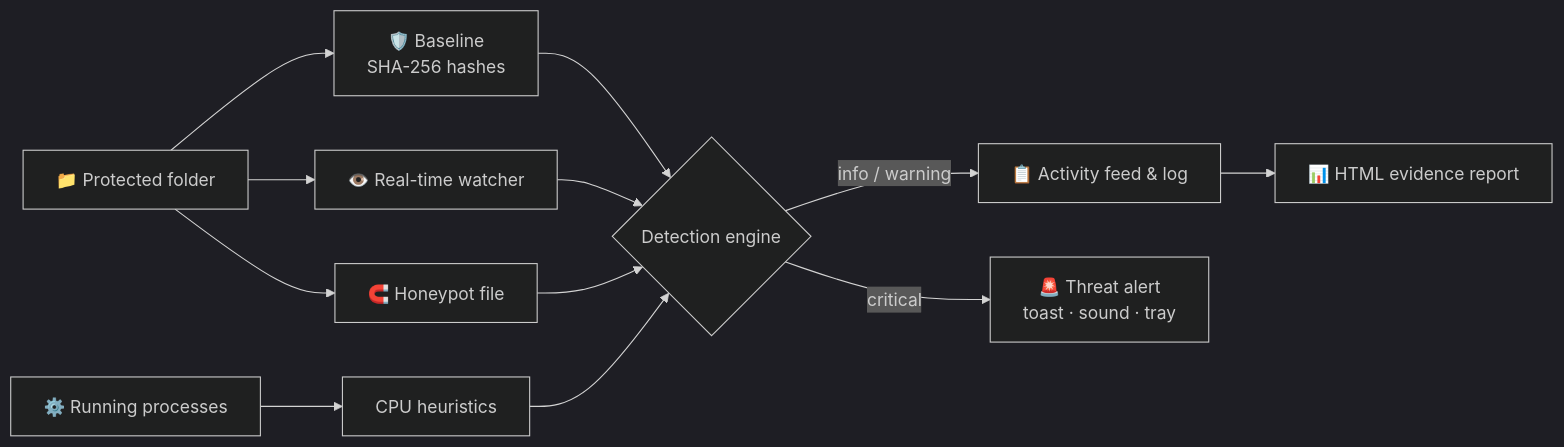
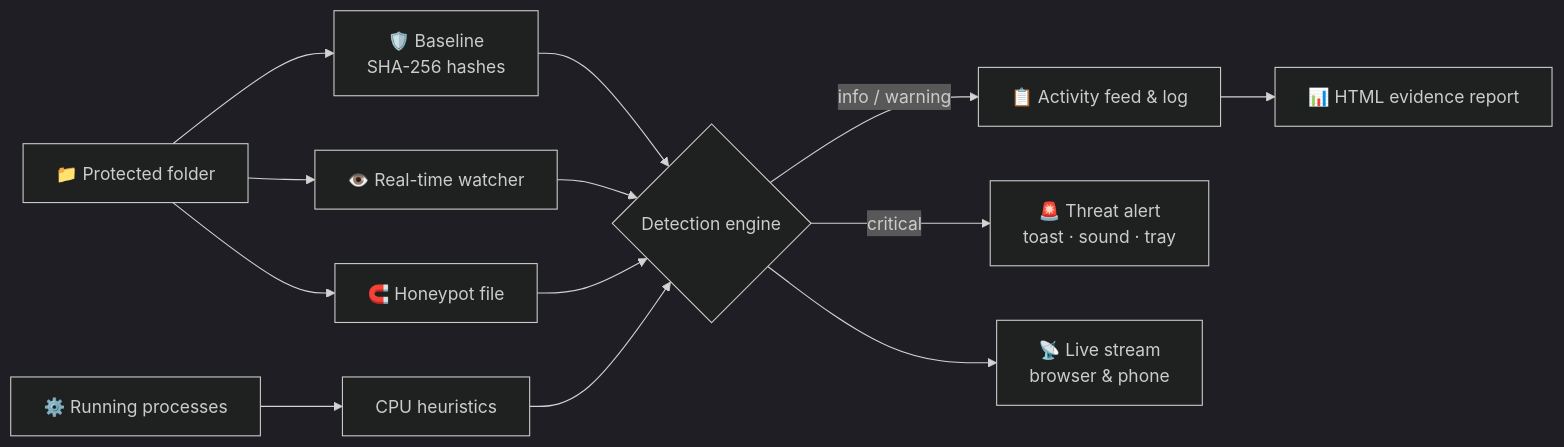
Before and after one commit to kirangautham-82899/SecureVault-Ransomware-Detection-Prevention-System: the diagram in README.md, drawn with Mermaid (dark theme). The commit also changed other lines of this file and 13 other files, not shown here.

````diff
--- a/README.md
+++ b/README.md
@@ -139,16 +191,17 @@
 ```mermaid
 flowchart LR
     A[📁 Protected folder] --> B[🛡️ Baseline<br/>SHA-256 hashes]
     A --> C[👁️ Real-time watcher]
     A --> D[🧲 Honeypot file]
     E[⚙️ Running processes] --> F[CPU heuristics]
 
     B --> G{Detection engine}
     C --> G
     D --> G
     F --> G
 
     G -->|info / warning| H[📋 Activity feed & log]
     G -->|critical| I[🚨 Threat alert<br/>toast · sound · tray]
     H --> J[📊 HTML evidence report]
+    G --> K[📡 Live stream<br/>browser & phone]
 ```
````
